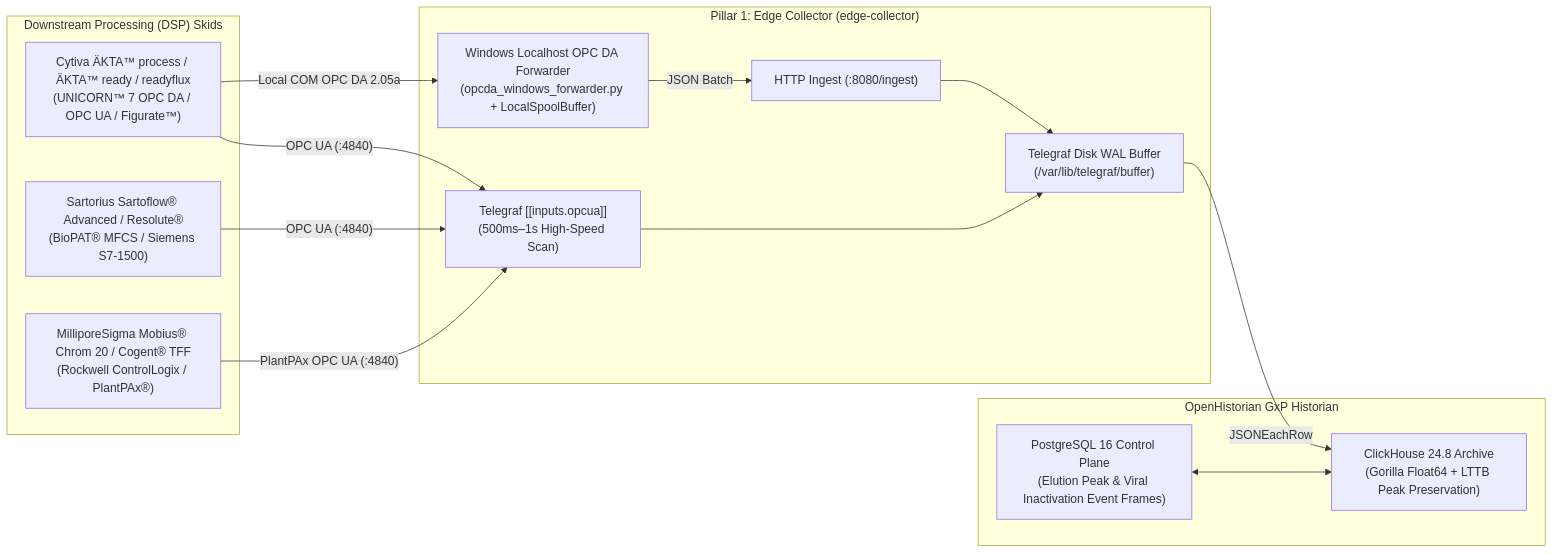
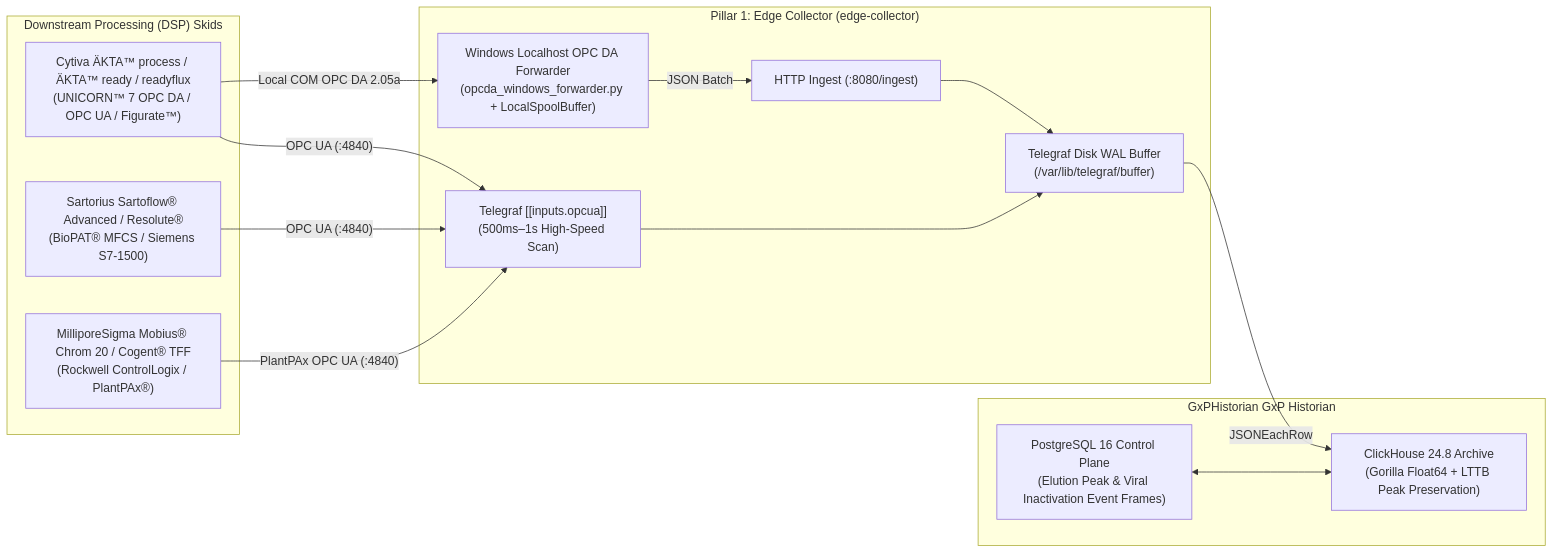
The diagram in docs/DSP_CHROMATOGRAPHY_TFF_FILTRATION.md (saram-io/gxp-historian), drawn with Mermaid before and after one commit. The commit also changed other lines of this file and 110 other files, not shown here.

````diff
--- a/docs/DSP_CHROMATOGRAPHY_TFF_FILTRATION.md
+++ b/docs/DSP_CHROMATOGRAPHY_TFF_FILTRATION.md
@@ -17,29 +32,29 @@
 ```mermaid
 flowchart LR
   subgraph DSP["Downstream Processing (DSP) Skids"]
     AKTA["Cytiva ÄKTA™ process / ÄKTA™ ready / readyflux\n(UNICORN™ 7 OPC DA / OPC UA / Figurate™)"]
     SART["Sartorius Sartoflow® Advanced / Resolute®\n(BioPAT® MFCS / Siemens S7-1500)"]
     MERCK["MilliporeSigma Mobius® Chrom 20 / Cogent® TFF\n(Rockwell ControlLogix / PlantPAx®)"]
   end
 
   subgraph Edge["Pillar 1: Edge Collector (edge-collector)"]
     OPCDA["Windows Localhost OPC DA Forwarder\n(opcda_windows_forwarder.py + LocalSpoolBuffer)"]
     OPCUA["Telegraf [[inputs.opcua]]\n(500ms–1s High-Speed Scan)"]
     ING["HTTP Ingest (:8080/ingest)"]
     WAL["Telegraf Disk WAL Buffer\n(/var/lib/telegraf/buffer)"]
     OPCDA -->|"JSON Batch"| ING --> WAL
     OPCUA --> WAL
   end
 
-  subgraph Core["OpenHistorian GxP Historian"]
+  subgraph Core["GxPHistorian GxP Historian"]
     CH["ClickHouse 24.8 Archive\n(Gorilla Float64 + LTTB Peak Preservation)"]
     PG["PostgreSQL 16 Control Plane\n(Elution Peak & Viral Inactivation Event Frames)"]
   end
 
   AKTA -->|"Local COM OPC DA 2.05a"| OPCDA
   AKTA -->|"OPC UA (:4840)"| OPCUA
   SART -->|"OPC UA (:4840)"| OPCUA
   MERCK -->|"PlantPAx OPC UA (:4840)"| OPCUA
   WAL -->|"JSONEachRow"| CH
   PG <--> CH
 ```
````
